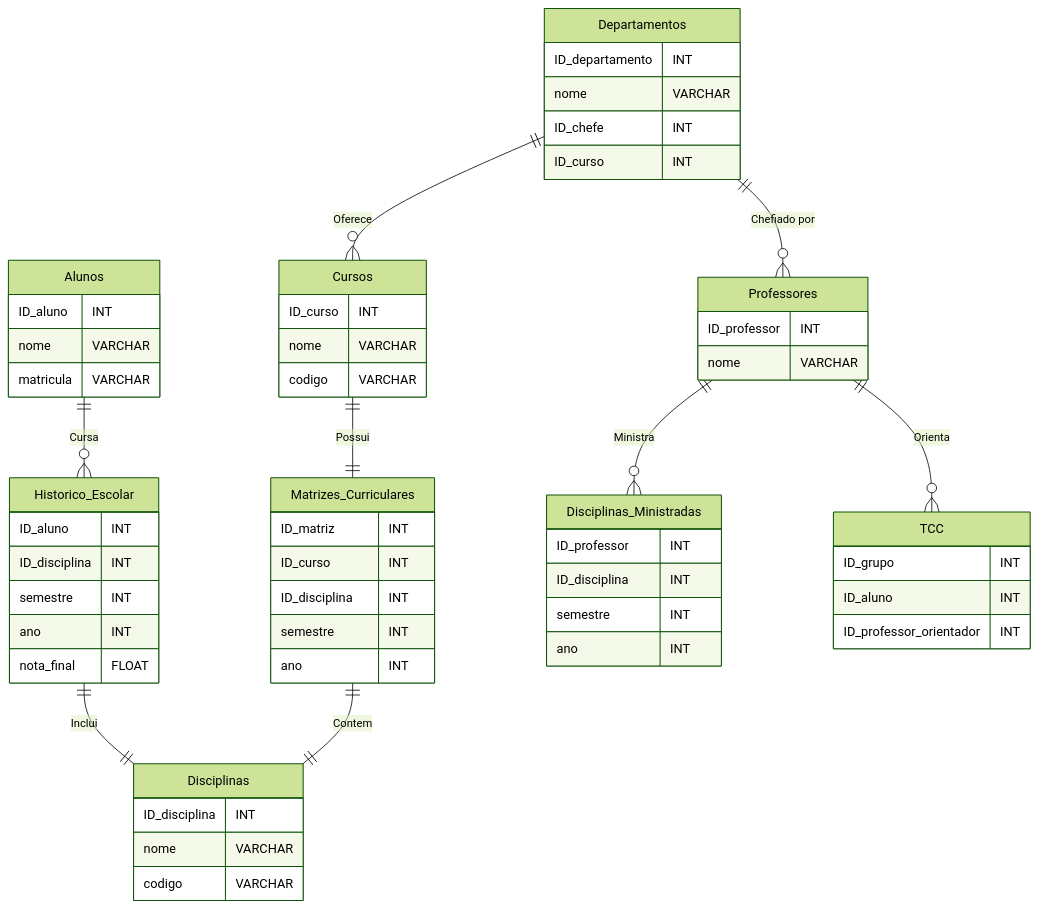
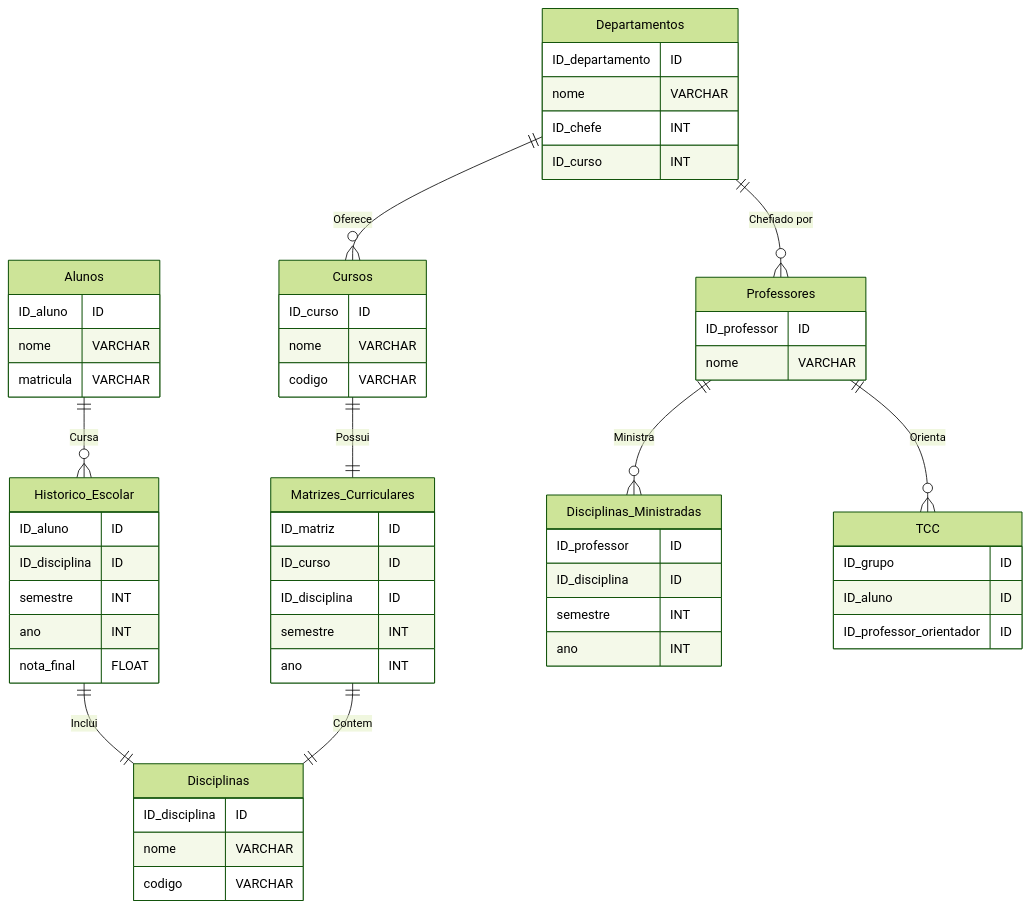
Before and after one commit to NeonBrasil/BancoDeDados: the diagram in README.md, drawn with Mermaid (forest theme).

````diff
--- a/README.md
+++ b/README.md
@@ -6,63 +6,63 @@
 ``` mermaid
 erDiagram
     Alunos {
-        ID_aluno INT
+        ID_aluno ID
         nome VARCHAR
         matricula VARCHAR
     }
     Professores {
-        ID_professor INT
+        ID_professor ID
         nome VARCHAR
     }
     Cursos {
-        ID_curso INT
+        ID_curso ID
         nome VARCHAR
         codigo VARCHAR
     }
     Departamentos {
-        ID_departamento INT
+        ID_departamento ID
         nome VARCHAR
         ID_chefe INT
         ID_curso INT
     }
     Disciplinas {
-        ID_disciplina INT
+        ID_disciplina ID
         nome VARCHAR
         codigo VARCHAR
     }
     Matrizes_Curriculares {
-        ID_matriz INT
-        ID_curso INT
-        ID_disciplina INT
+        ID_matriz ID
+        ID_curso ID
+        ID_disciplina ID
         semestre INT
         ano INT
     }
     Historico_Escolar {
-        ID_aluno INT
-        ID_disciplina INT
+        ID_aluno ID
+        ID_disciplina ID
         semestre INT
         ano INT
         nota_final FLOAT
     }
     Disciplinas_Ministradas {
-        ID_professor INT
-        ID_disciplina INT
+        ID_professor ID
+        ID_disciplina ID
         semestre INT
         ano INT
     }
     TCC {
-        ID_grupo INT
-        ID_aluno INT
-        ID_professor_orientador INT
+        ID_grupo ID
+        ID_aluno ID
+        ID_professor_orientador ID
     }
 
     Alunos ||--o{ Historico_Escolar : "Cursa"
     Historico_Escolar ||--|| Disciplinas : "Inclui"
     Professores ||--o{ Disciplinas_Ministradas : "Ministra"
     Professores ||--o{ TCC : "Orienta"
     Departamentos ||--o{ Professores : "Chefiado por"
     Departamentos ||--o{ Cursos : "Oferece"
     Cursos ||--|| Matrizes_Curriculares : "Possui"
     Matrizes_Curriculares ||--|| Disciplinas : "Contem"
 
 ```
````
